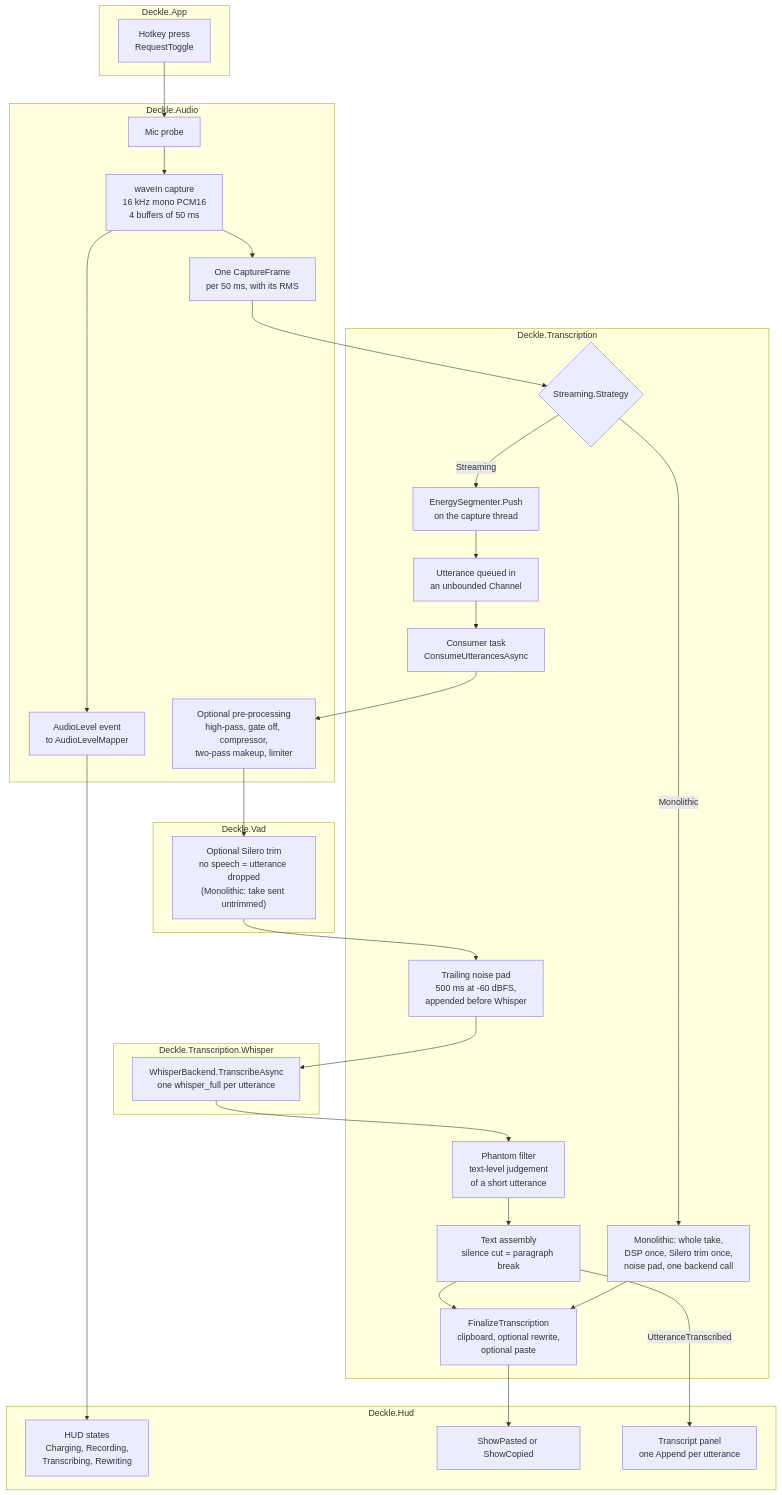
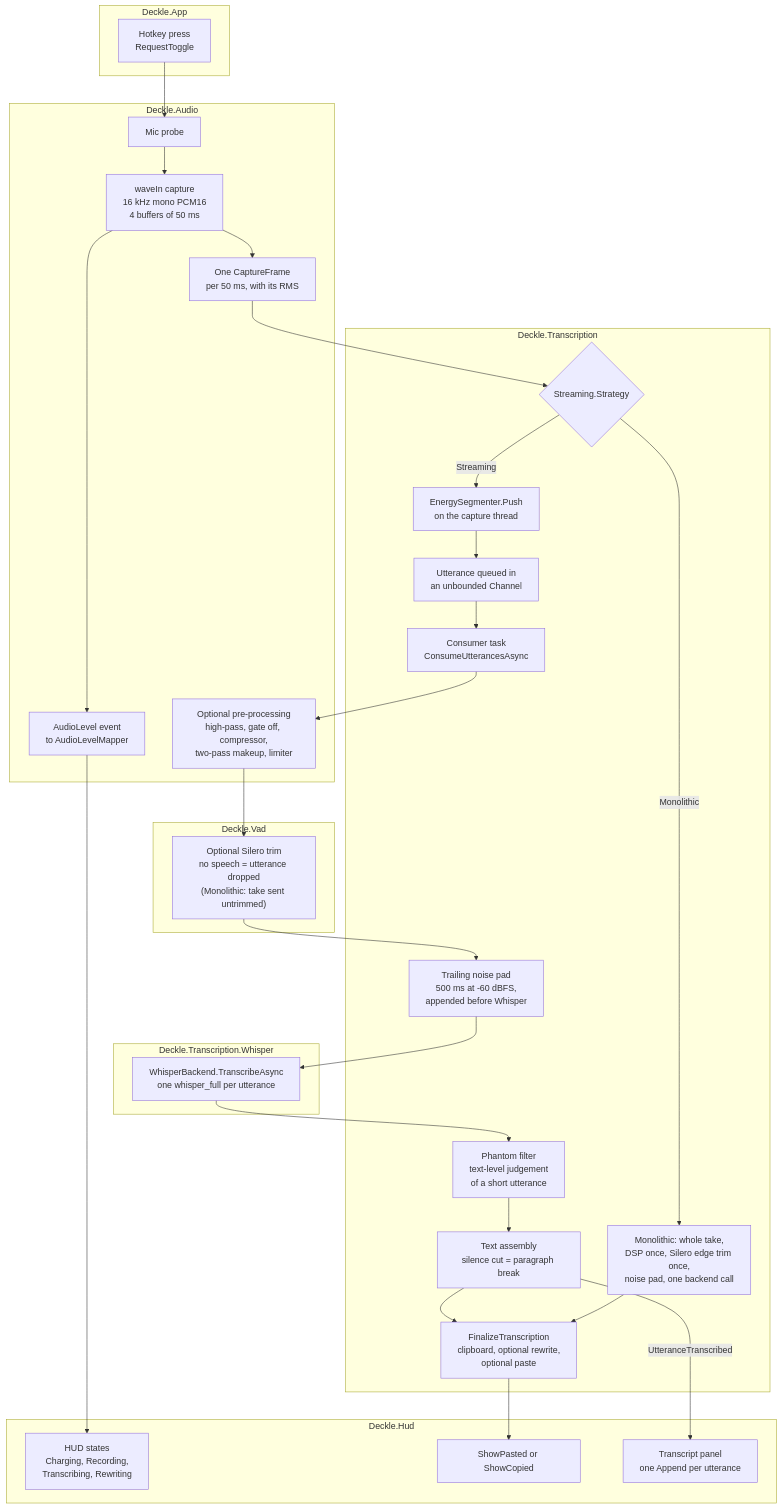
One commit to louisfifre/deckle changed the first of 3 diagrams in docs/transcription-audio-chain.md. Above: the diagram before and after it, drawn with Mermaid. The commit also changed other lines of this file and 30 other files, not shown here.

````diff
--- a/docs/transcription-audio-chain.md
+++ b/docs/transcription-audio-chain.md
@@ -36,48 +36,48 @@
 ```mermaid
 flowchart TD
     subgraph APP["Deckle.App"]
         HK["Hotkey press<br/>RequestToggle"]
     end
 
     subgraph AUDIO["Deckle.Audio"]
         PROBE["Mic probe"]
         CAP["waveIn capture<br/>16 kHz mono PCM16<br/>4 buffers of 50 ms"]
         FRAME["One CaptureFrame<br/>per 50 ms, with its RMS"]
         LEVEL["AudioLevel event<br/>to AudioLevelMapper"]
         DSP["Optional pre-processing<br/>high-pass, gate off, compressor,<br/>two-pass makeup, limiter"]
     end
 
     subgraph TRANS["Deckle.Transcription"]
         FORK{"Streaming.Strategy"}
         SEG["EnergySegmenter.Push<br/>on the capture thread"]
         CHAN["Utterance queued in<br/>an unbounded Channel"]
         CONS["Consumer task<br/>ConsumeUtterancesAsync"]
         PAD["Trailing noise pad<br/>500 ms at -60 dBFS,<br/>appended before Whisper"]
         PHANTOM["Phantom filter<br/>text-level judgement<br/>of a short utterance"]
         ASSEMBLE["Text assembly<br/>silence cut = paragraph break"]
-        MONO["Monolithic: whole take,<br/>DSP once, Silero trim once,<br/>noise pad, one backend call"]
+        MONO["Monolithic: whole take,<br/>DSP once, Silero edge trim once,<br/>noise pad, one backend call"]
         FIN["FinalizeTranscription<br/>clipboard, optional rewrite,<br/>optional paste"]
     end
 
     subgraph VAD["Deckle.Vad"]
         TRIM["Optional Silero trim<br/>no speech = utterance dropped<br/>(Monolithic: take sent untrimmed)"]
     end
 
     subgraph WHISPER["Deckle.Transcription.Whisper"]
         ASR["WhisperBackend.TranscribeAsync<br/>one whisper_full per utterance"]
     end
 
     subgraph HUDM["Deckle.Hud"]
         HUD["HUD states<br/>Charging, Recording,<br/>Transcribing, Rewriting"]
         OUT["ShowPasted or ShowCopied"]
         PANEL["Transcript panel<br/>one Append per utterance"]
     end
 
     HK --> PROBE --> CAP --> FRAME --> FORK
     CAP --> LEVEL --> HUD
     FORK -- Streaming --> SEG --> CHAN --> CONS
     CONS --> DSP --> TRIM --> PAD --> ASR --> PHANTOM --> ASSEMBLE --> FIN
     ASSEMBLE -- UtteranceTranscribed --> PANEL
     FORK -- Monolithic --> MONO --> FIN
     FIN --> OUT
 ```
````
